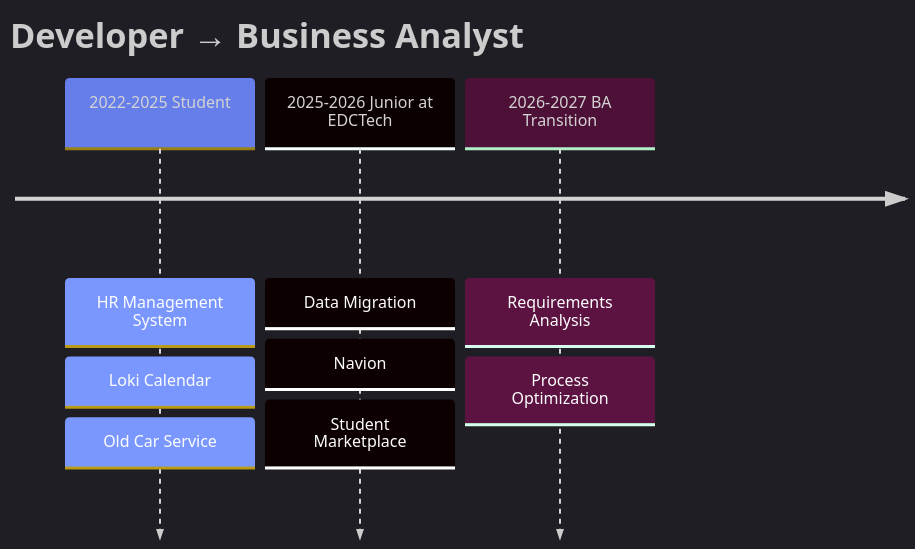
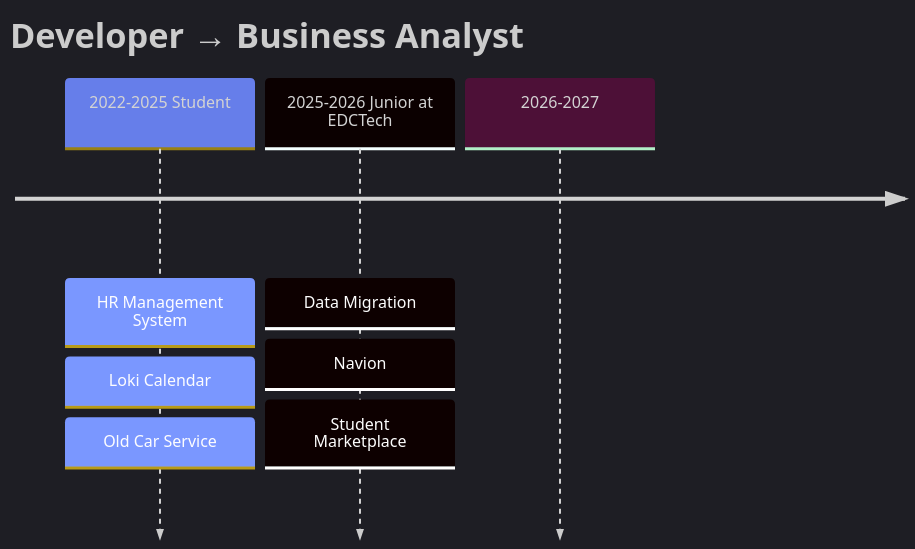
Before and after one commit to ZenithHawking/ZenithHawking: the first of 2 diagrams in README.md, drawn with Mermaid.

Commit message:
Remove project details from timeline section

````diff
--- a/README.md
+++ b/README.md
@@ -41,8 +41,8 @@
 ```mermaid
 %%{init: {'theme':'dark', 'themeVariables': { 'primaryColor':'#667eea','primaryTextColor':'#fff','lineColor':'#f093fb'}}}%%
 timeline
     title Developer → Business Analyst
     2022-2025 Student : HR Management System : Loki Calendar : Old Car Service
     2025-2026 Junior at EDCTech : Data Migration : Navion : Student Marketplace
-    2026-2027 BA Transition : Requirements Analysis : Process Optimization
+    2026-2027 
 ```
````
